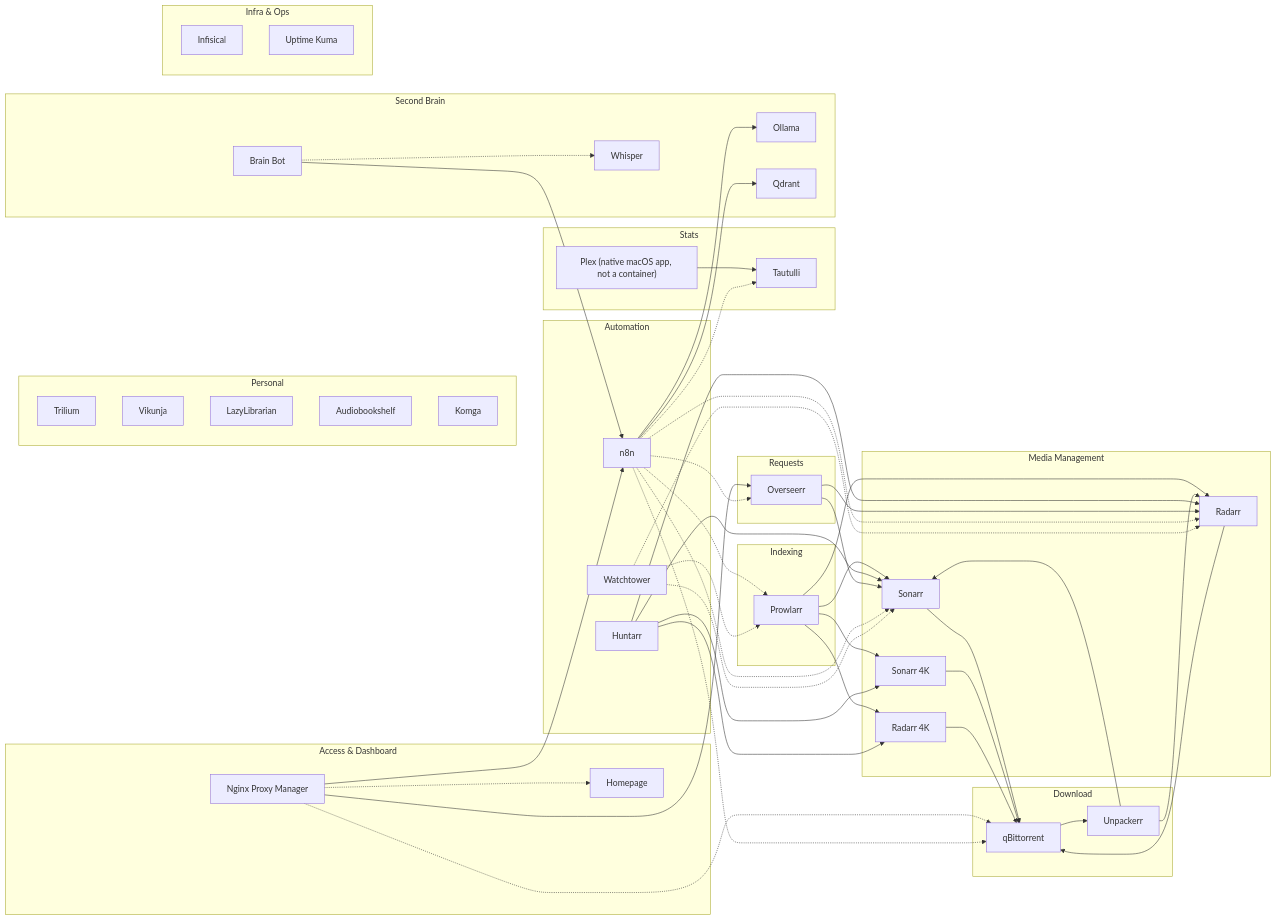
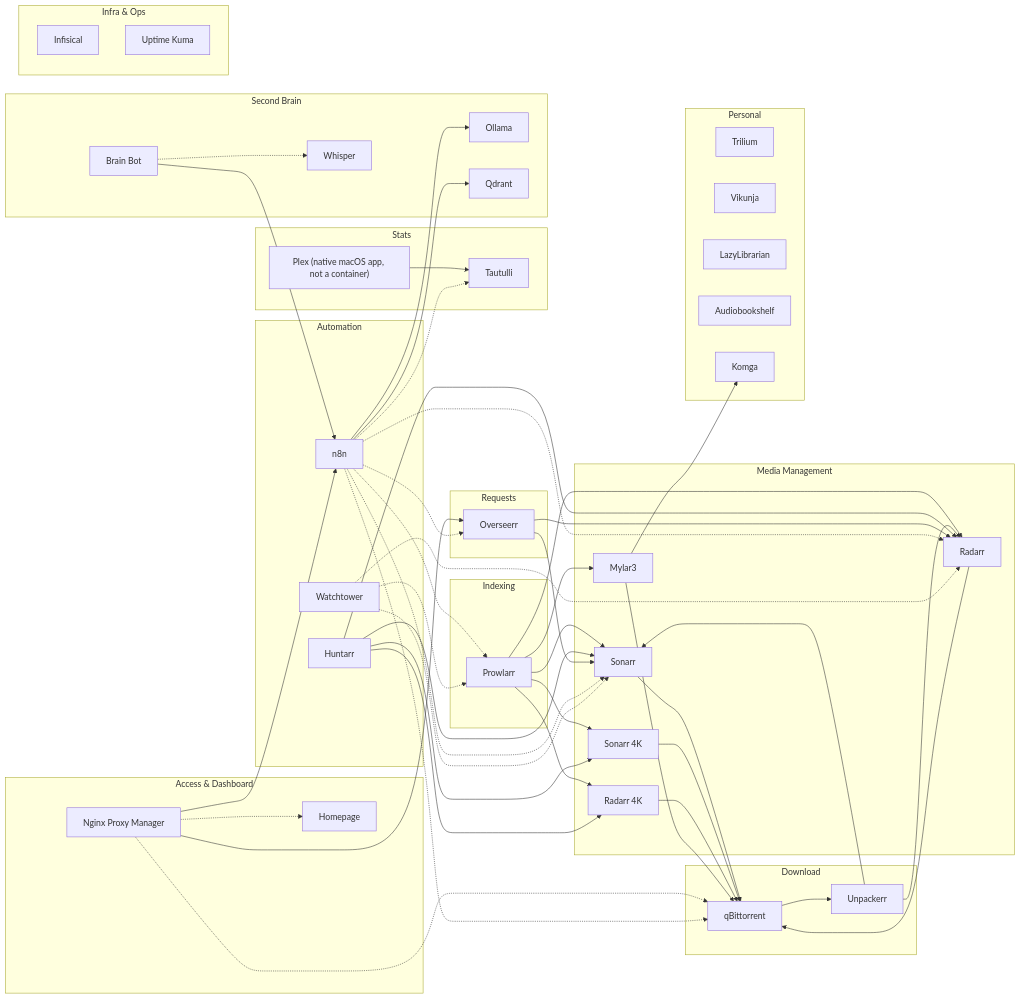
One commit to kodyparton/docker_homelab changed the diagram in docs/architecture/overview.md. Above: the diagram before and after it, drawn with Mermaid. The commit also changed other lines of this file and 18 other files, not shown here.

```diff
--- a/docs/architecture/overview.md
+++ b/docs/architecture/overview.md
@@ -14,6 +14,7 @@
         SonarrHD["Sonarr 4K"]
         Radarr
         RadarrHD["Radarr 4K"]
+        Mylar3
     end
     subgraph Download
         qBittorrent
@@ -57,10 +58,13 @@
     Prowlarr --> SonarrHD
     Prowlarr --> Radarr
     Prowlarr --> RadarrHD
+    Prowlarr --> Mylar3
     Sonarr --> qBittorrent
     SonarrHD --> qBittorrent
     Radarr --> qBittorrent
     RadarrHD --> qBittorrent
+    Mylar3 --> qBittorrent
+    Mylar3 --> Komga
     qBittorrent --> Unpackerr
     Unpackerr --> Sonarr
     Unpackerr --> Radarr
```
